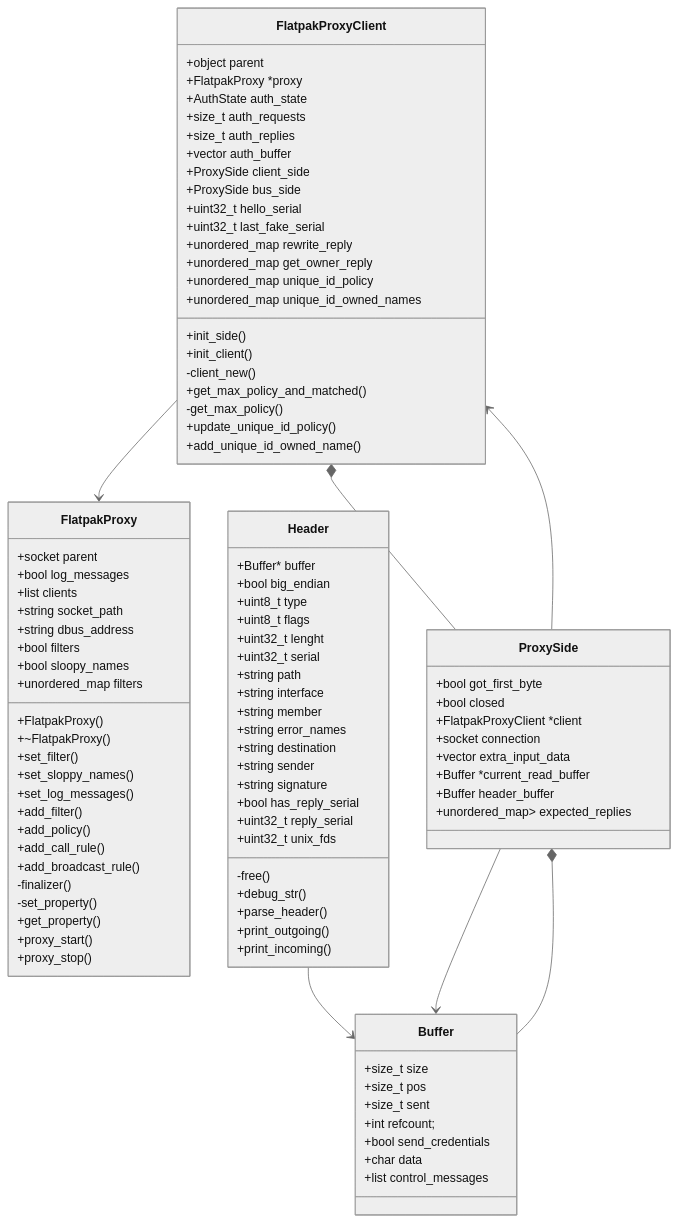
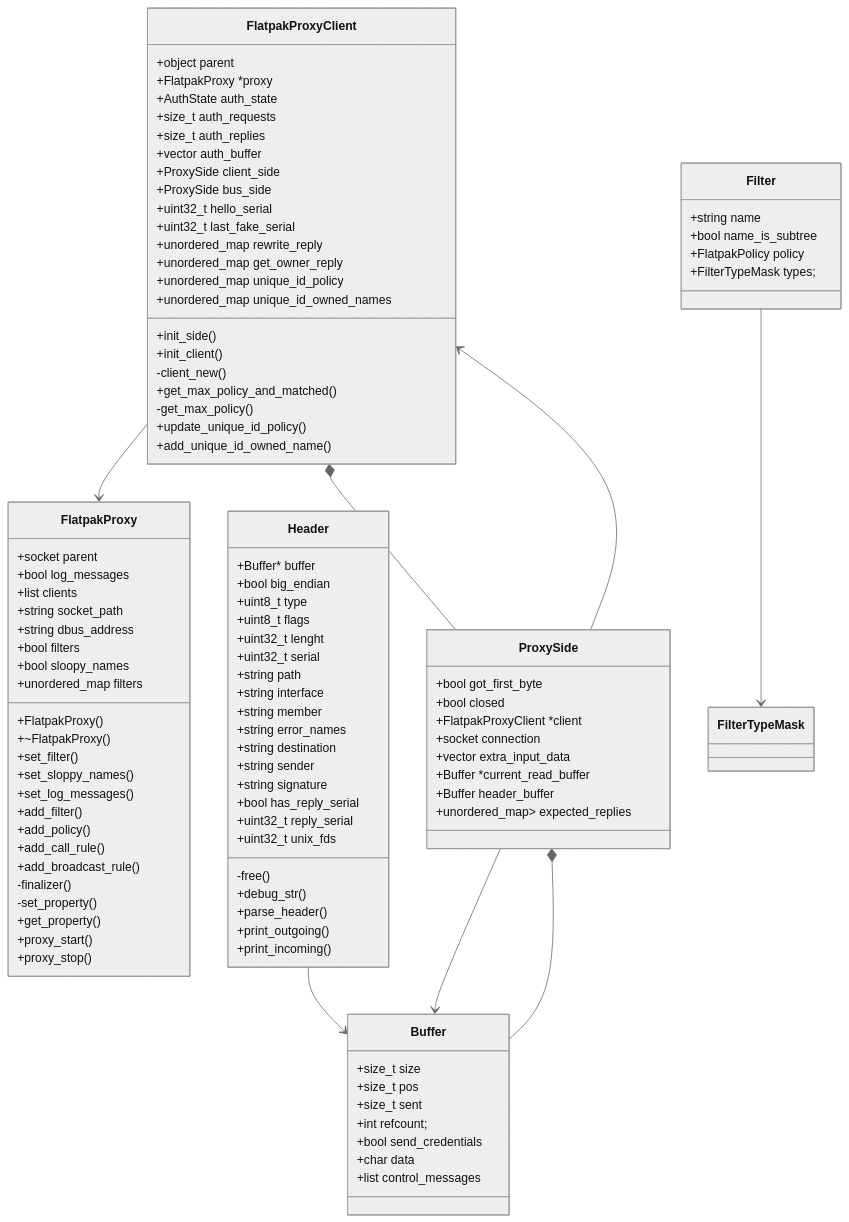
One commit to bobro-a/practice changed the diagram in architecture.md. Above: the diagram before and after it, drawn with Mermaid (neutral theme).

Commit message:
add class Filter and new connection

```diff
--- a/architecture.md
+++ b/architecture.md
@@ -90,6 +90,15 @@
         +Buffer header_buffer
         +unordered_map<uint32_t,shared_ptr<>> expected_replies
         }
+    class Filter{
+        +string name
+        +bool name_is_subtree
+        +FlatpakPolicy policy
+        +FilterTypeMask types;
+    }
+    class FilterTypeMask{
+
+    }
 
     FlatpakProxyClient *-- ProxySide
     FlatpakProxyClient --> FlatpakProxy
@@ -97,4 +106,6 @@
     ProxySide --> FlatpakProxyClient
     ProxySide --> Buffer
     ProxySide *-- Buffer
+    Filter --> FilterTypeMask
+    
 :::
```
